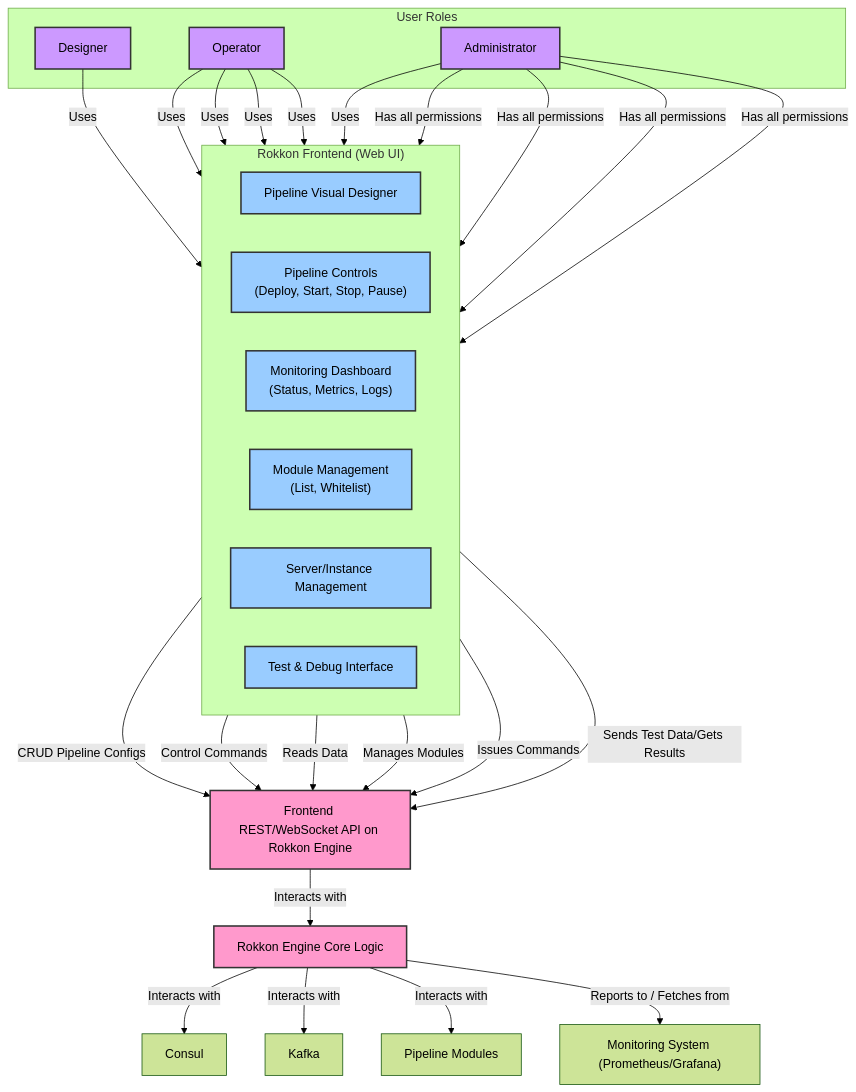
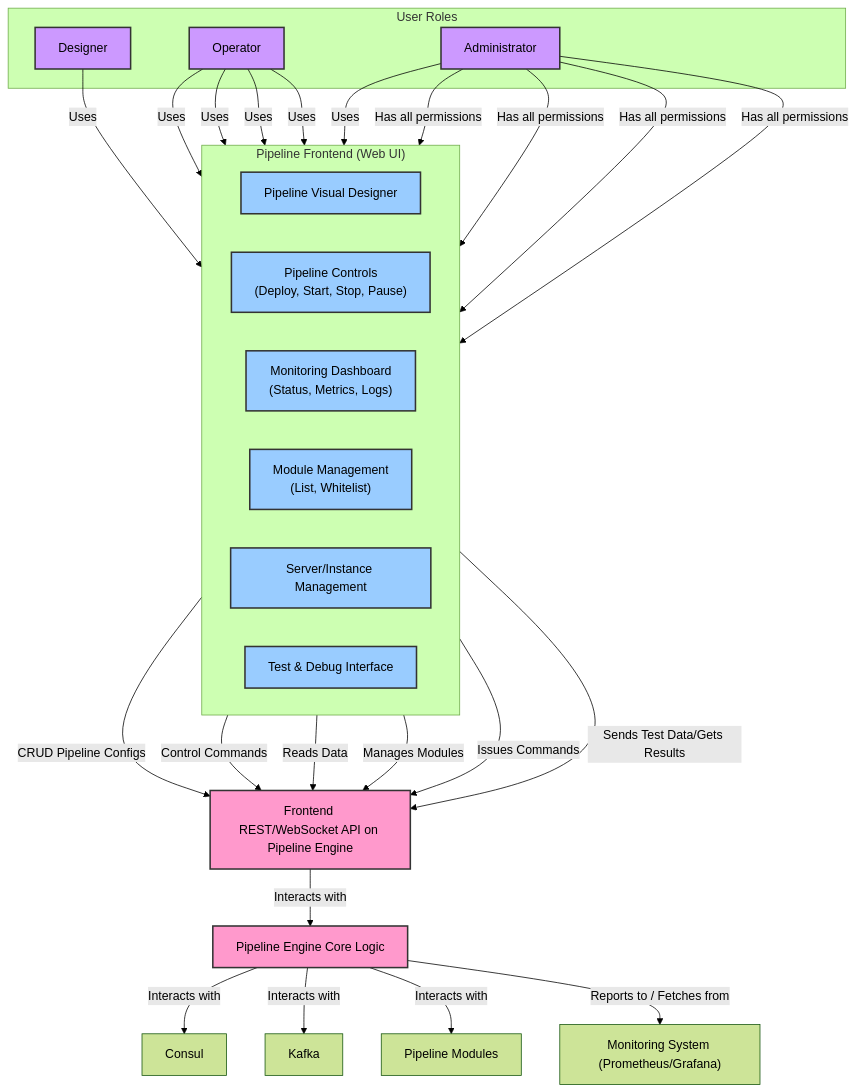
Before and after one commit to krickert/rokkon: the diagram in ARCHITECTURE/Operations.md, drawn with Mermaid (forest theme). The commit also changed other lines of this file and 75 other files, not shown here.

````diff
--- a/ARCHITECTURE/Operations.md
+++ b/ARCHITECTURE/Operations.md
@@ -44,53 +44,53 @@
 ```mermaid
 graph TD
     subgraph "User Roles"
         Designer[Designer]
         Operator[Operator]
         Admin[Administrator]
     end
 
-    subgraph "Rokkon Frontend (Web UI)"
+    subgraph "Pipeline Frontend (Web UI)"
         direction LR
         PipelineDesigner[Pipeline Visual Designer]
         PipelineController["Pipeline Controls <br>(Deploy, Start, Stop, Pause)"]
         MonitoringDashboard["Monitoring Dashboard <br>(Status, Metrics, Logs)"]
         ModuleMgmt["Module Management <br>(List, Whitelist)"]
         ServerMgmt["Server/Instance Management"]
         TestInterface["Test & Debug Interface"]
     end
 
-    FrontendAPI[Frontend REST/WebSocket API on Rokkon Engine]
+    FrontendAPI[Frontend REST/WebSocket API on Pipeline Engine]
 
     Designer -- Uses --> PipelineDesigner
     Operator -- Uses --> PipelineController
     Operator -- Uses --> MonitoringDashboard
     Operator -- Uses --> ServerMgmt
     Operator -- Uses --> TestInterface
     Admin -- Uses --> ModuleMgmt
     Admin -- "Has all permissions" --> PipelineDesigner
     Admin -- "Has all permissions" --> PipelineController
     Admin -- "Has all permissions" --> MonitoringDashboard
     Admin -- "Has all permissions" --> ServerMgmt
 
     PipelineDesigner -- "CRUD Pipeline Configs" --> FrontendAPI
     PipelineController -- "Control Commands" --> FrontendAPI
     MonitoringDashboard -- "Reads Data" --> FrontendAPI
     ModuleMgmt -- "Manages Modules" --> FrontendAPI
     ServerMgmt -- "Issues Commands" --> FrontendAPI
     TestInterface -- "Sends Test Data/Gets Results" --> FrontendAPI
 
-    FrontendAPI -- "Interacts with" --> RokkonEngineCore[Rokkon Engine Core Logic]
-    RokkonEngineCore -- "Interacts with" --> Consul
-    RokkonEngineCore -- "Interacts with" --> Kafka
-    RokkonEngineCore -- "Interacts with" --> PipelineModules[Pipeline Modules]
-    RokkonEngineCore -- "Reports to / Fetches from" --> MonitoringSystem["Monitoring System (Prometheus/Grafana)"]
+    FrontendAPI -- "Interacts with" --> PipelineEngineCore[Pipeline Engine Core Logic]
+    PipelineEngineCore -- "Interacts with" --> Consul
+    PipelineEngineCore -- "Interacts with" --> Kafka
+    PipelineEngineCore -- "Interacts with" --> PipelineModules[Pipeline Modules]
+    PipelineEngineCore -- "Reports to / Fetches from" --> MonitoringSystem["Monitoring System (Prometheus/Grafana)"]
 
 
     classDef role fill:#c9f,stroke:#333,stroke-width:2px;
     classDef uiComponent fill:#9cf,stroke:#333,stroke-width:2px;
     classDef backend fill:#f9c,stroke:#333,stroke-width:2px;
 
     class Designer,Operator,Admin role;
     class PipelineDesigner,PipelineController,MonitoringDashboard,ModuleMgmt,ServerMgmt,TestInterface uiComponent;
-    class FrontendAPI,RokkonEngineCore backend;
+    class FrontendAPI,PipelineEngineCore backend;
 ```
````
